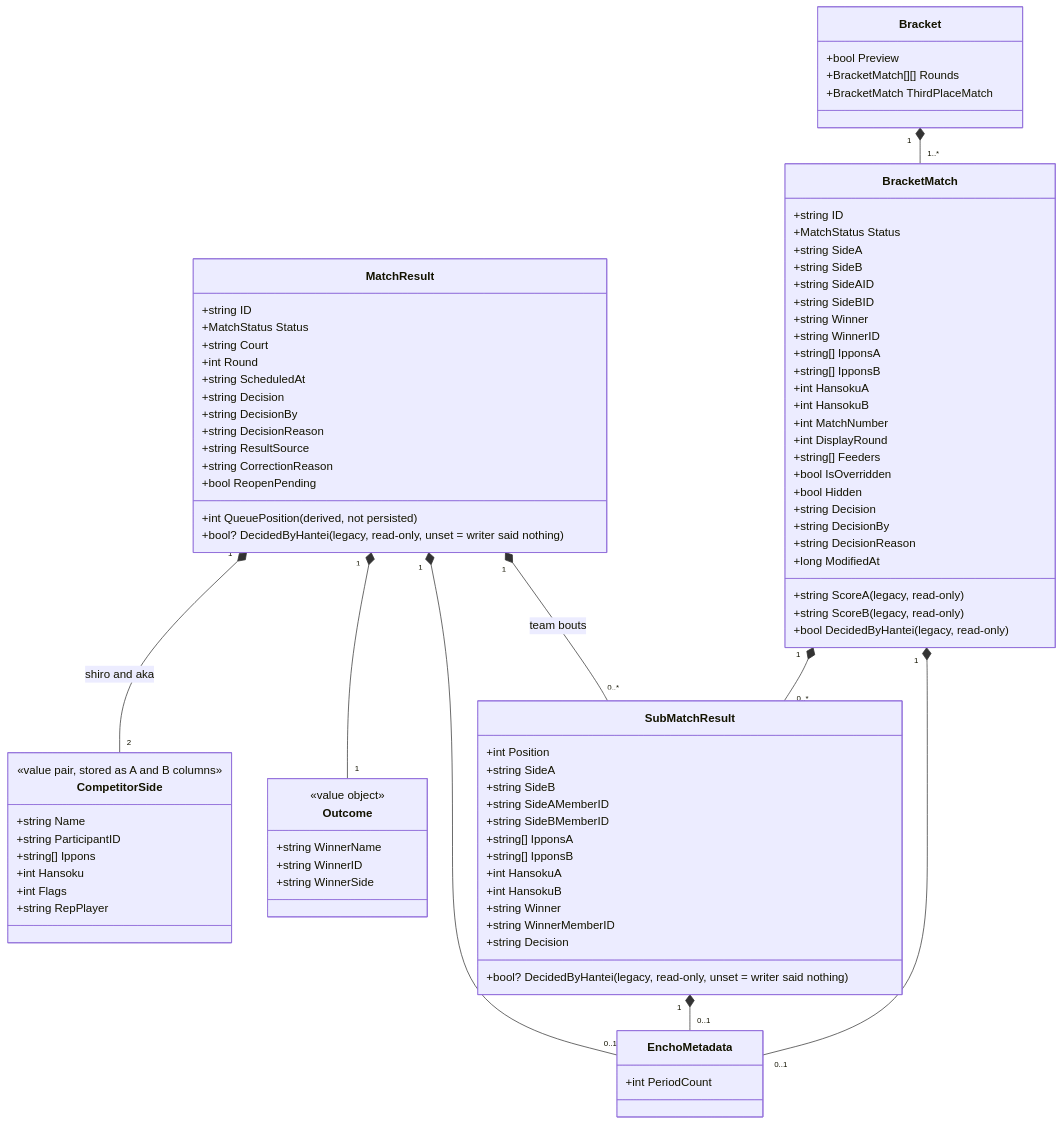
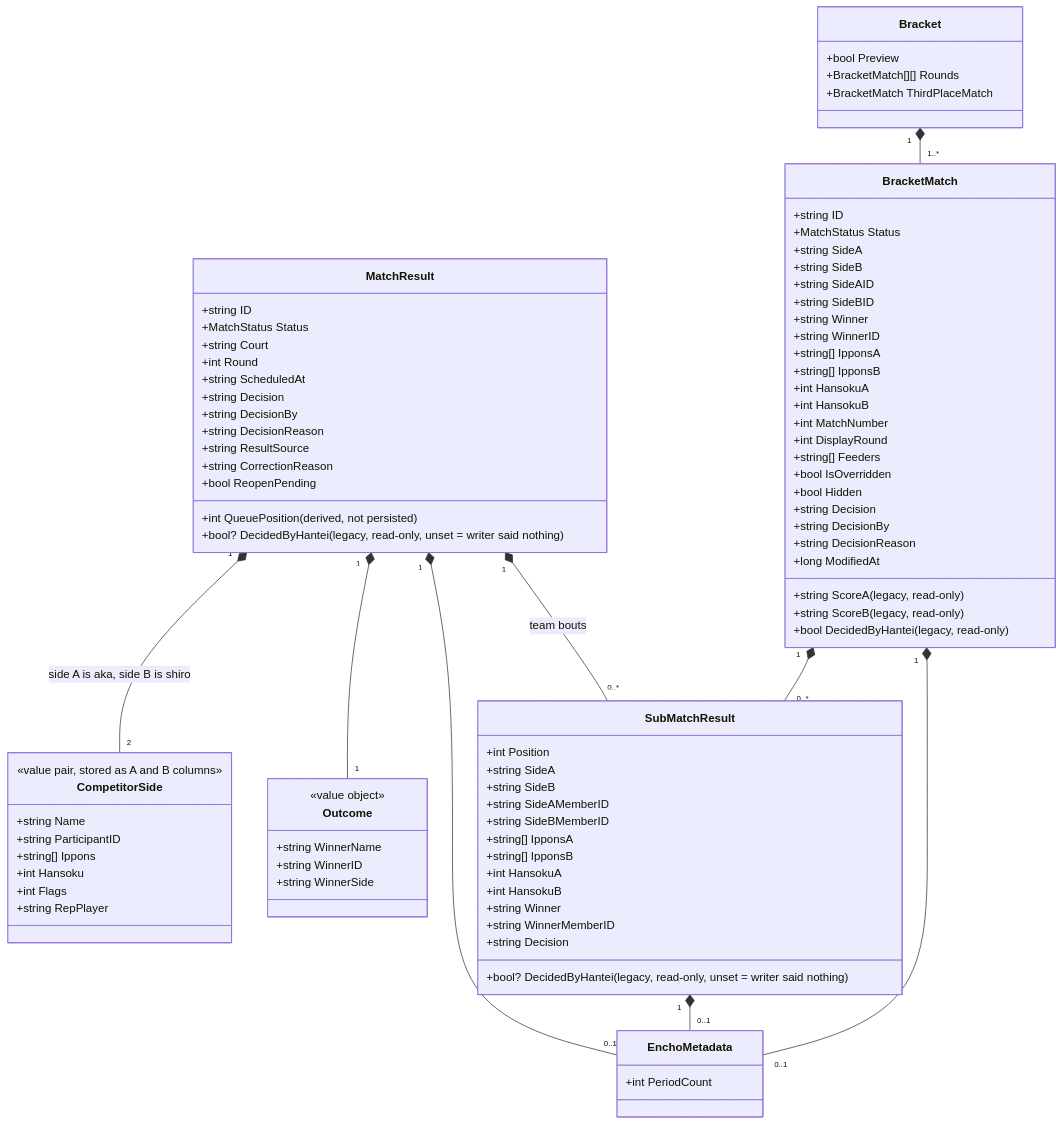
Before and after one commit to gitrgoliveira/bracket-creator: the second of 4 diagrams in docs/architecture/data-model.md, drawn with Mermaid. The commit also changed other lines of this file, not shown here.

```diff
--- a/docs/architecture/data-model.md
+++ b/docs/architecture/data-model.md
@@ -259,7 +269,7 @@
         +long ModifiedAt
     }
 
-    MatchResult "1" *-- "2" CompetitorSide : shiro and aka
+    MatchResult "1" *-- "2" CompetitorSide : side A is aka, side B is shiro
     MatchResult "1" *-- "1" Outcome
     MatchResult "1" *-- "0..*" SubMatchResult : team bouts
     MatchResult "1" *-- "0..1" EnchoMetadata
```
